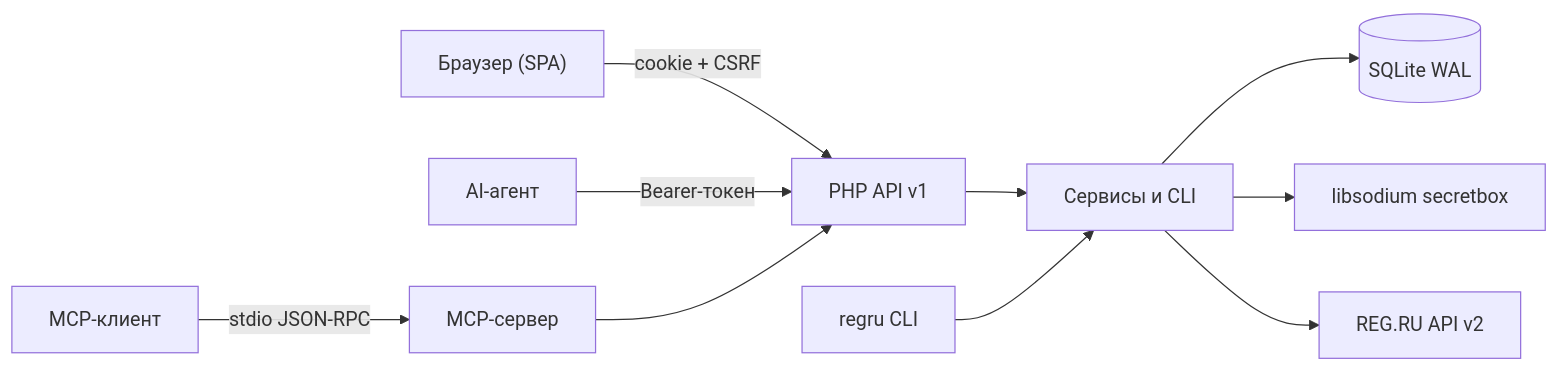
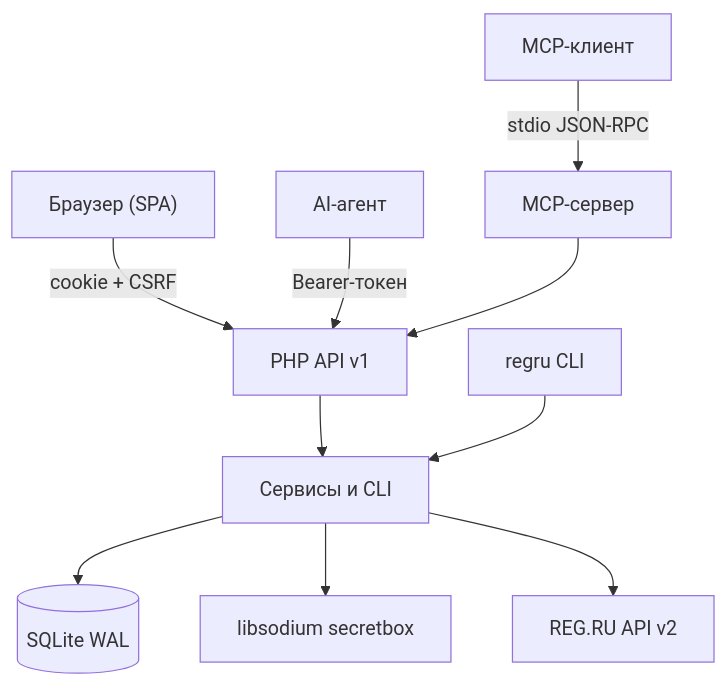
The diagram in README.md (paulmann/regru-control), drawn with Mermaid before and after one commit.

Commit message:
docs: switch architecture diagram to top-down for a better fit

````diff
--- a/README.md
+++ b/README.md
@@ -116,12 +116,12 @@
 ```mermaid
-flowchart LR
+flowchart TB
   U["Браузер (SPA)"] -->|"cookie + CSRF"| API["PHP API v1"]
   A["AI-агент"] -->|"Bearer-токен"| API
   M["MCP-клиент"] -->|"stdio JSON-RPC"| S["MCP-сервер"]
   S --> API
   API --> SVC["Сервисы и CLI"]
   SVC --> DB[("SQLite WAL")]
   SVC --> ENC["libsodium secretbox"]
   SVC --> RR["REG.RU API v2"]
   CLI["regru CLI"] --> SVC
 ```
````
